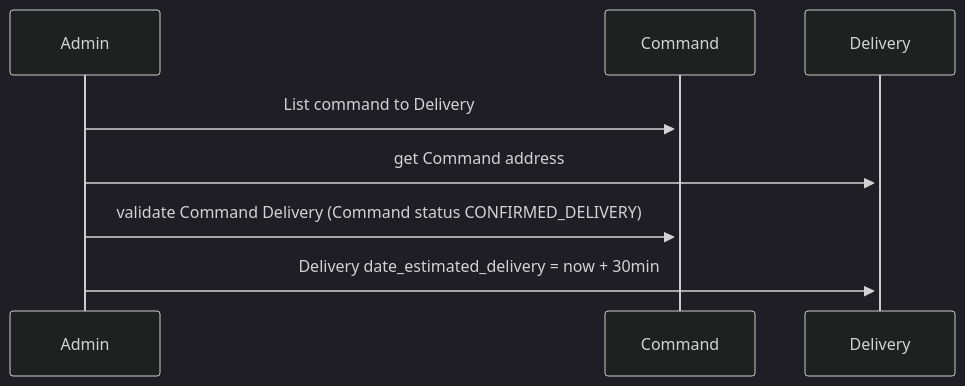
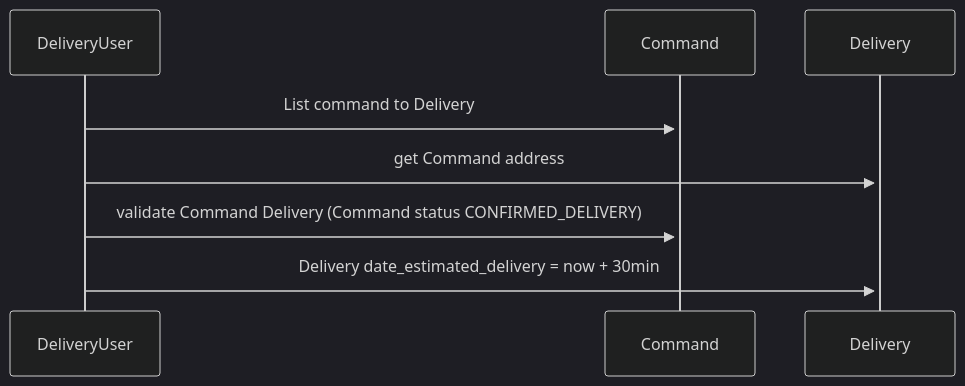
Before and after one commit to joussin/api_allopico_old: the fifth of 6 diagrams in readme.md, drawn with Mermaid (dark theme). The commit also changed other lines of this file, not shown here.

````diff
--- a/readme.md
+++ b/readme.md
@@ -268,13 +319,11 @@
 ```mermaid
 sequenceDiagram
 
-Admin->>+Command: List command to Delivery
+DeliveryUser->>+Command: List command to Delivery
 
-Admin->>+Delivery: get Command address
+DeliveryUser->>+Delivery: get Command address
 
-Admin->>+Command: validate Command Delivery (Command status CONFIRMED_DELIVERY)
+DeliveryUser->>+Command: validate Command Delivery (Command status CONFIRMED_DELIVERY)
 
-Admin->>+Delivery: Delivery date_estimated_delivery = now + 30min
-
-
+DeliveryUser->>+Delivery: Delivery date_estimated_delivery = now + 30min
 ```
````
